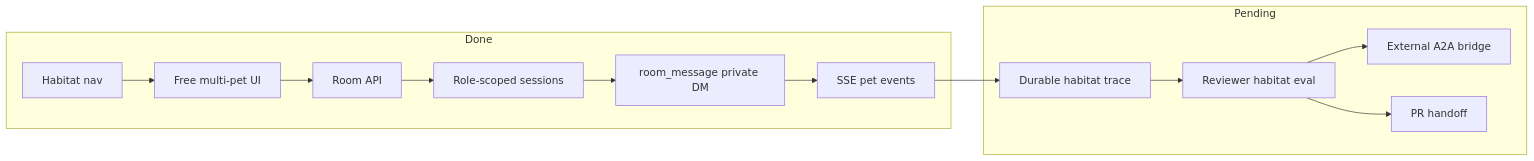
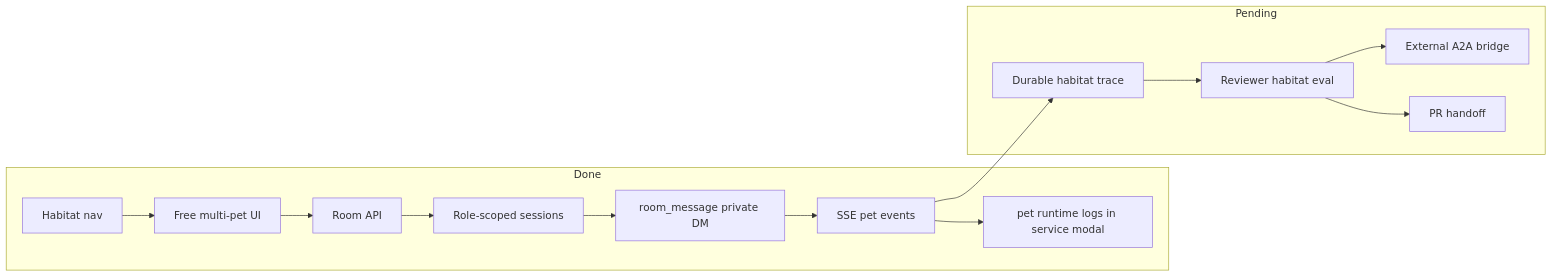
One commit to fightheyyy/XiaoBa-CLI changed the diagram in dashboard/PLAN.md. Above: the diagram before and after it, drawn with Mermaid. The commit also changed other lines of this file and 4 other files, not shown here.

Commit message:
Show pet runtime logs in dashboard

````diff
--- a/dashboard/PLAN.md
+++ b/dashboard/PLAN.md
@@ -7,28 +7,30 @@
 ```mermaid
 flowchart LR
     subgraph Done["Done"]
         Nav["Habitat nav"]
         Pets["Free multi-pet UI"]
         API["Room API"]
         Scoped["Role-scoped sessions"]
         PM["room_message private DM"]
         Stream["SSE pet events"]
+        Logs["pet runtime logs in service modal"]
     end
 
     subgraph Pending["Pending"]
         Durable["Durable habitat trace"]
         Eval["Reviewer habitat eval"]
         A2A["External A2A bridge"]
         PR["PR handoff"]
     end
 
     Nav --> Pets
     Pets --> API
     API --> Scoped
     Scoped --> PM
     PM --> Stream
+    Stream --> Logs
     Stream --> Durable
     Durable --> Eval
     Eval --> A2A
     Eval --> PR
 ```
````
